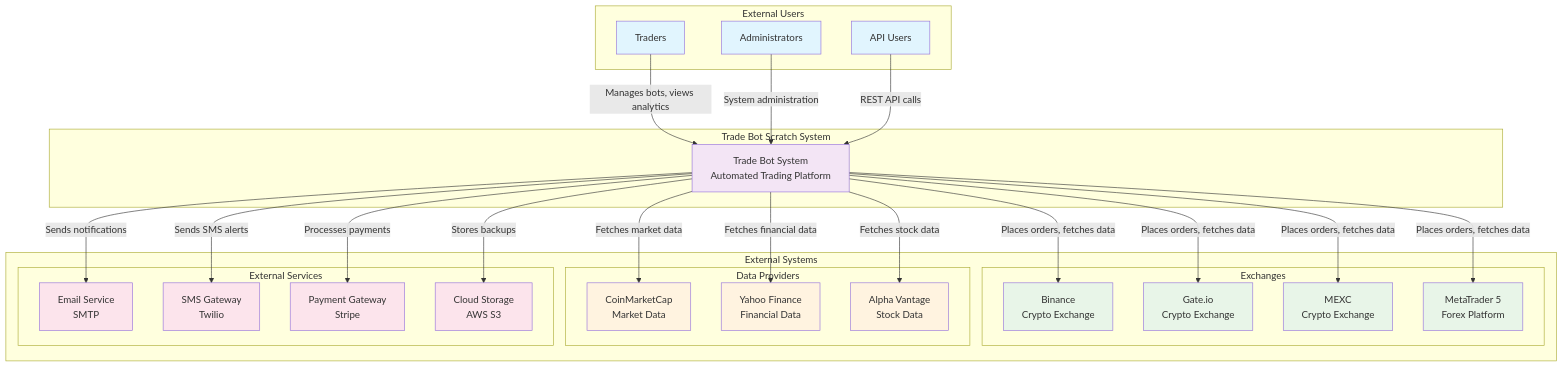
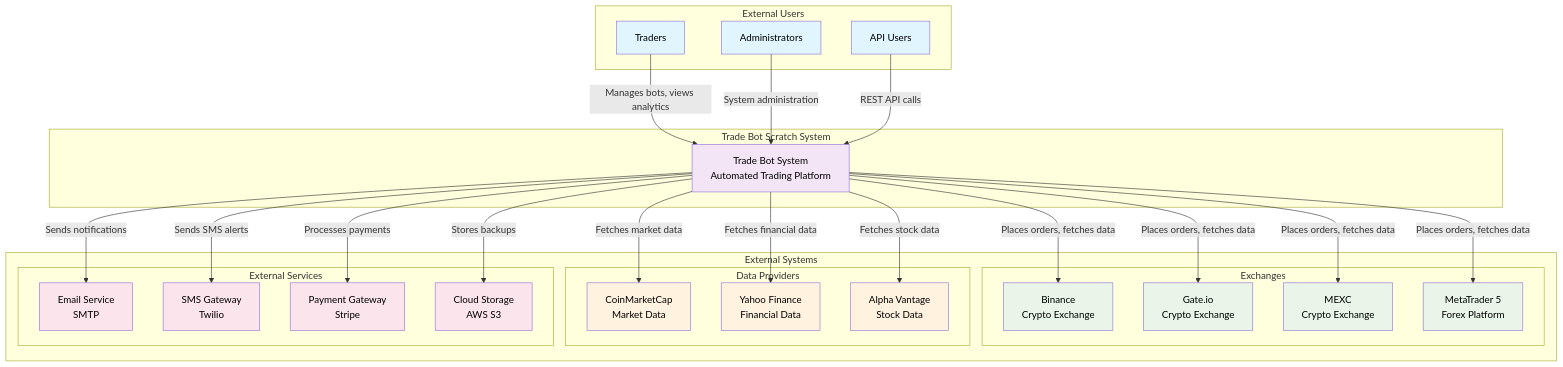
Before and after one commit to nguyenngocviet191/trade-bot-scratch: the first of 7 diagrams in memory-bank/architecture/system-design/diagrams/system-context.md, drawn with Mermaid. The commit also changed 53 other files, not shown here.

````diff
--- a/memory-bank/architecture/system-design/diagrams/system-context.md
+++ b/memory-bank/architecture/system-design/diagrams/system-context.md
@@ -9,69 +9,69 @@
 ```mermaid
 graph TB
     subgraph "External Users"
         U1[Traders]
         U2[Administrators]
         U3[API Users]
     end
     
     subgraph "Trade Bot Scratch System"
         TBS[Trade Bot System<br/>Automated Trading Platform]
     end
     
     subgraph "External Systems"
         subgraph "Exchanges"
             E1[Binance<br/>Crypto Exchange]
             E2[Gate.io<br/>Crypto Exchange] 
             E3[MEXC<br/>Crypto Exchange]
             E4[MetaTrader 5<br/>Forex Platform]
         end
         
         subgraph "Data Providers"
             D1[CoinMarketCap<br/>Market Data]
             D2[Yahoo Finance<br/>Financial Data]
             D3[Alpha Vantage<br/>Stock Data]
         end
         
         subgraph "External Services"
             S1[Email Service<br/>SMTP]
             S2[SMS Gateway<br/>Twilio]
             S3[Payment Gateway<br/>Stripe]
             S4[Cloud Storage<br/>AWS S3]
         end
     end
     
     %% User Interactions
     U1 -->|Manages bots, views analytics| TBS
     U2 -->|System administration| TBS
     U3 -->|REST API calls| TBS
     
     %% Exchange Integrations
     TBS -->|Places orders, fetches data| E1
     TBS -->|Places orders, fetches data| E2
     TBS -->|Places orders, fetches data| E3
     TBS -->|Places orders, fetches data| E4
     
     %% Data Provider Integrations
     TBS -->|Fetches market data| D1
     TBS -->|Fetches financial data| D2
     TBS -->|Fetches stock data| D3
     
     %% External Service Integrations
     TBS -->|Sends notifications| S1
     TBS -->|Sends SMS alerts| S2
     TBS -->|Processes payments| S3
     TBS -->|Stores backups| S4
     
     %% Styling
-    classDef userClass fill:#e1f5fe
-    classDef systemClass fill:#f3e5f5
-    classDef exchangeClass fill:#e8f5e8
-    classDef dataClass fill:#fff3e0
-    classDef serviceClass fill:#fce4ec
+    classDef userClass fill:#e1f5fe ,color:#000000
+    classDef systemClass fill:#f3e5f5,color:#000000
+    classDef exchangeClass fill:#e8f5e8,color:#000000
+    classDef dataClass fill:#fff3e0,color:#000000
+    classDef serviceClass fill:#fce4ec,color:#000000
     
     class U1,U2,U3 userClass
     class TBS systemClass
     class E1,E2,E3,E4 exchangeClass
     class D1,D2,D3 dataClass
     class S1,S2,S3,S4 serviceClass
 ```
````
